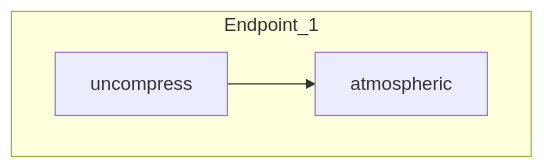
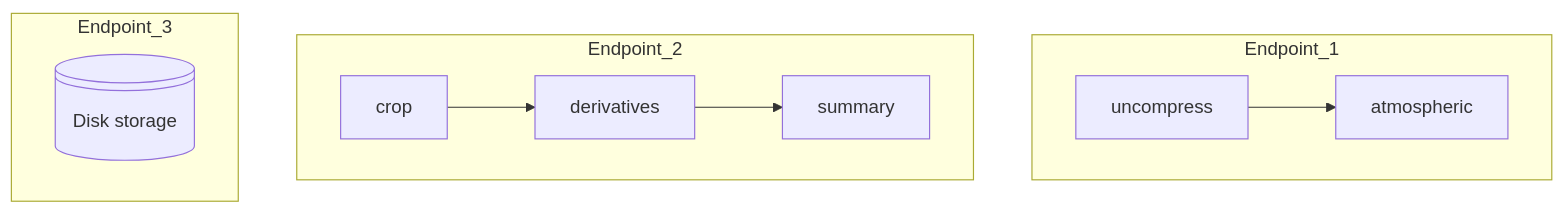
One commit to ddomizzisg/Landsat8Processing changed the diagram in README.md. Above: the diagram before and after it, drawn with Mermaid.

Commit message:
Changes in readme

````diff
--- a/README.md
+++ b/README.md
@@ -23,6 +23,13 @@
 ```mermaid
 flowchart TD
     subgraph Endpoint_1
     uncompress-->atmospheric
     end
+    subgraph Endpoint_2
+    crop-->derivatives
+    derivatives-->summary
+    end
+    subgraph Endpoint_3
+    A@{ shape: lin-cyl, label: "Disk storage" }
+    end
 ```
````
